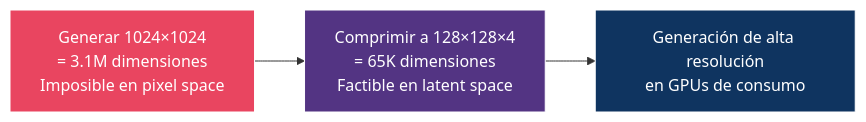
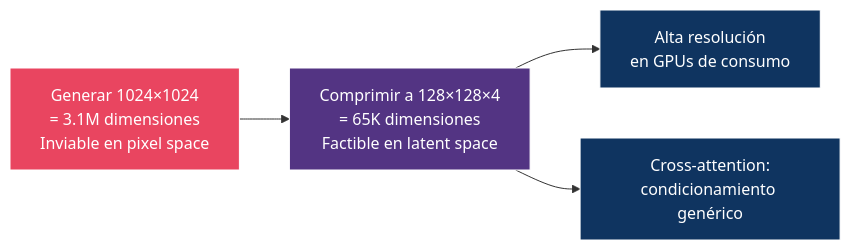
Before and after one commit to DavidDevGt/DifusionReal: the sixth of 6 diagrams in 05-latent-diffusion/README.md, drawn with Mermaid. The commit also changed other lines of this file, not shown here.

````diff
--- a/05-latent-diffusion/README.md
+++ b/05-latent-diffusion/README.md
@@ -281,9 +384,11 @@
 ```mermaid
 graph LR
-    PROBLEM["Generar 1024×1024<br/>= 3.1M dimensiones<br/>Imposible en pixel space"] --> SOLUTION["Comprimir a 128×128×4<br/>= 65K dimensiones<br/>Factible en latent space"]
-    SOLUTION --> RESULT["Generación de alta resolución<br/>en GPUs de consumo"]
+    PROBLEM["Generar 1024×1024<br/>= 3.1M dimensiones<br/>Inviable en pixel space"] --> SOLUTION["Comprimir a 128×128×4<br/>= 65K dimensiones<br/>Factible en latent space"]
+    SOLUTION --> RESULT["Alta resolución<br/>en GPUs de consumo"]
+    SOLUTION --> RESULT2["Cross-attention:<br/>condicionamiento genérico"]
 
     style PROBLEM fill:#e94560,stroke:#fff,color:#fff
     style SOLUTION fill:#533483,stroke:#fff,color:#fff
     style RESULT fill:#0f3460,stroke:#fff,color:#fff
+    style RESULT2 fill:#0f3460,stroke:#fff,color:#fff
 ```
````
